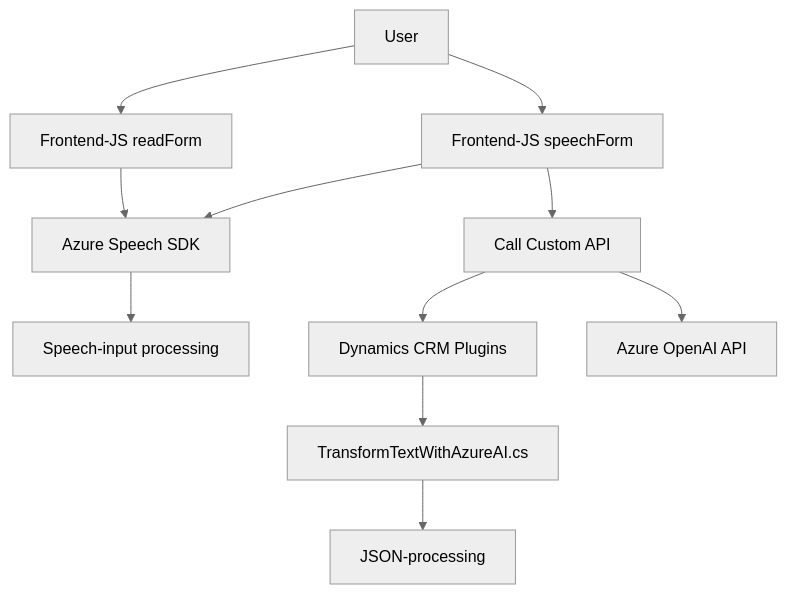
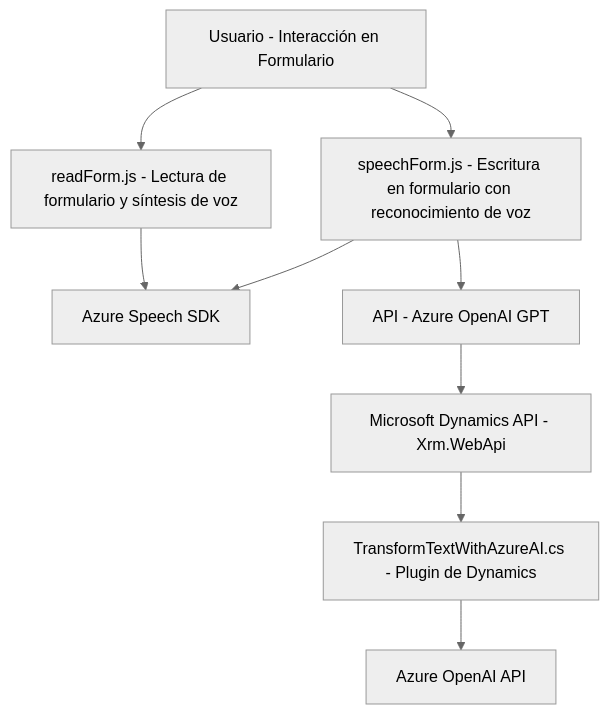
Before and after one commit to blopezdm/NETCORE_BILBAO2025: the diagram in README.md, drawn with Mermaid (neutral theme). The commit also changed other lines of this file, not shown here.

Commit message:
Actualizar análisis global de la solución con IA

````diff
--- a/README.md
+++ b/README.md
@@ -52,13 +23,11 @@
 ```mermaid
 graph TD
-    A["User"] --> B["Frontend-JS readForm"]
-    A --> C["Frontend-JS speechForm"]
+    A["Usuario - Interacción en Formulario"] --> B["readForm.js - Lectura de formulario y síntesis de voz"]
+    A --> C["speechForm.js - Escritura en formulario con reconocimiento de voz"]
     B --> D["Azure Speech SDK"]
     C --> D
-    D --> E["Speech-input processing"]
-    C --> F["Call Custom API"]
-    F --> G["Dynamics CRM Plugins"]
-    G --> H["TransformTextWithAzureAI.cs"]
-    F --> I["Azure OpenAI API"]
-    H --> J["JSON-processing"]
+    C --> E["API - Azure OpenAI GPT"]
+    E --> F["Microsoft Dynamics API - Xrm.WebApi"]
+    F --> G["TransformTextWithAzureAI.cs - Plugin de Dynamics"]
+    G --> H["Azure OpenAI API"]
 ```
````
